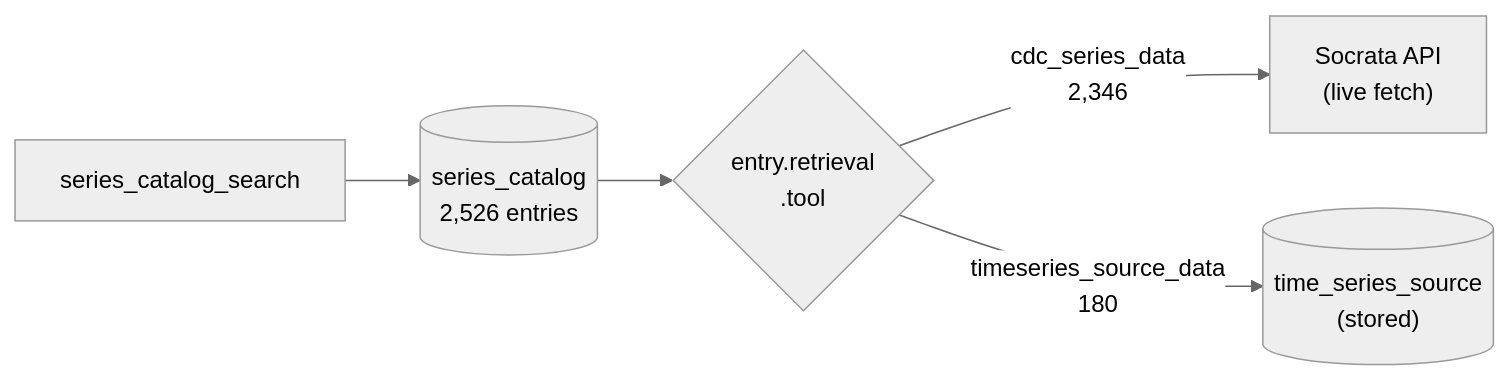
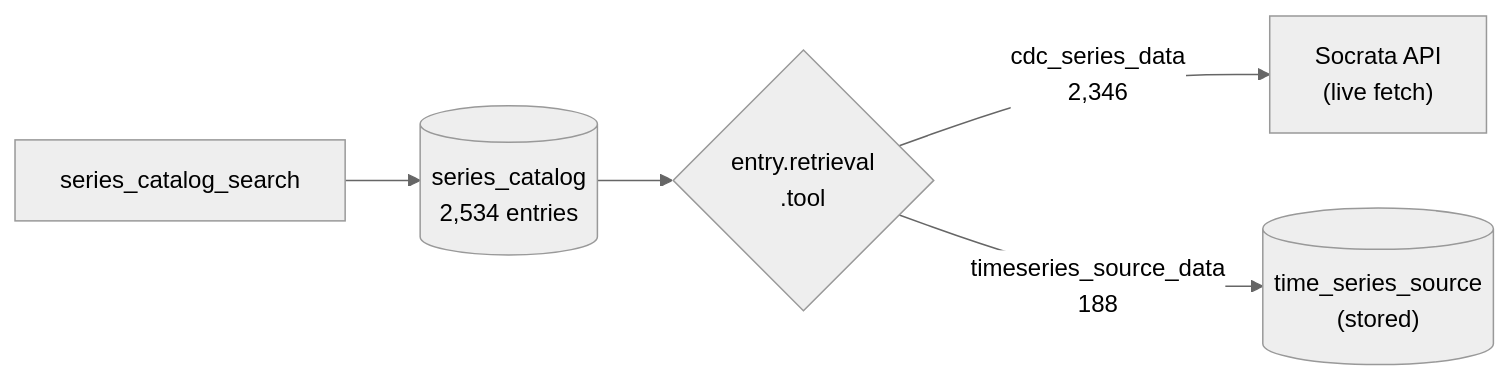
The diagram in meida/series-catalog.md (glyfish/sefer), drawn with Mermaid (neutral theme) before and after one commit. The commit also changed other lines of this file and 4 other files, not shown here.

First line of the commit message:
Document Voteview, and correct the stored-series counts

````diff
--- a/meida/series-catalog.md
+++ b/meida/series-catalog.md
@@ -94,7 +94,7 @@
 ```mermaid
 graph LR
-    Q["series_catalog_search"] --> C[("series_catalog<br/>2,526 entries")]
+    Q["series_catalog_search"] --> C[("series_catalog<br/>2,534 entries")]
     C --> R{"entry.retrieval<br/>.tool"}
     R -->|"cdc_series_data<br/>2,346"| S["Socrata API<br/>(live fetch)"]
-    R -->|"timeseries_source_data<br/>180"| T[("time_series_source<br/>(stored)")]
+    R -->|"timeseries_source_data<br/>188"| T[("time_series_source<br/>(stored)")]
 ```
````
